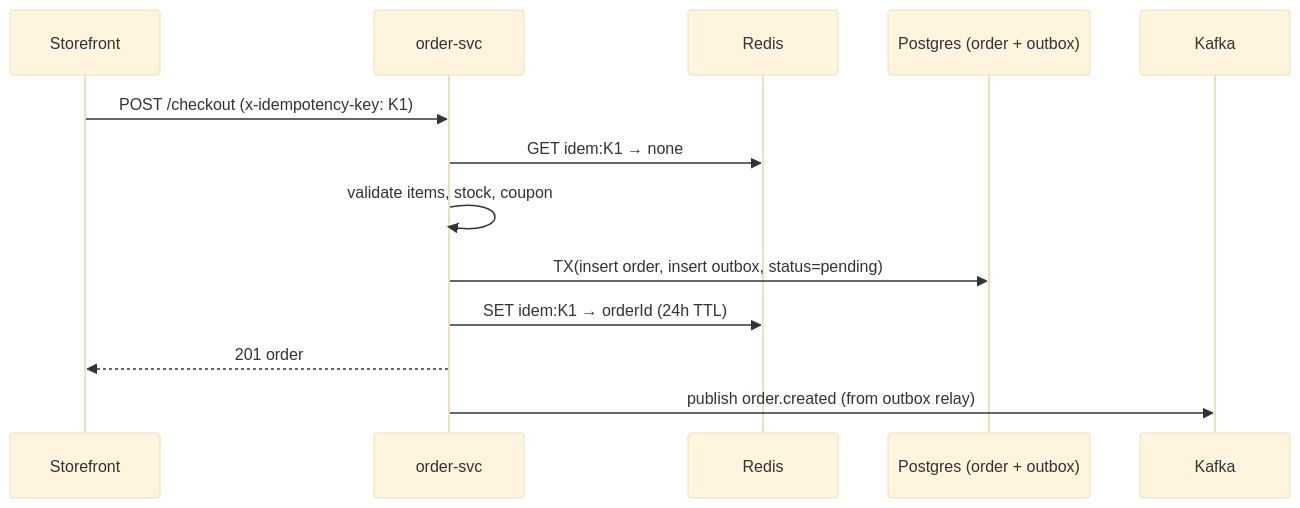
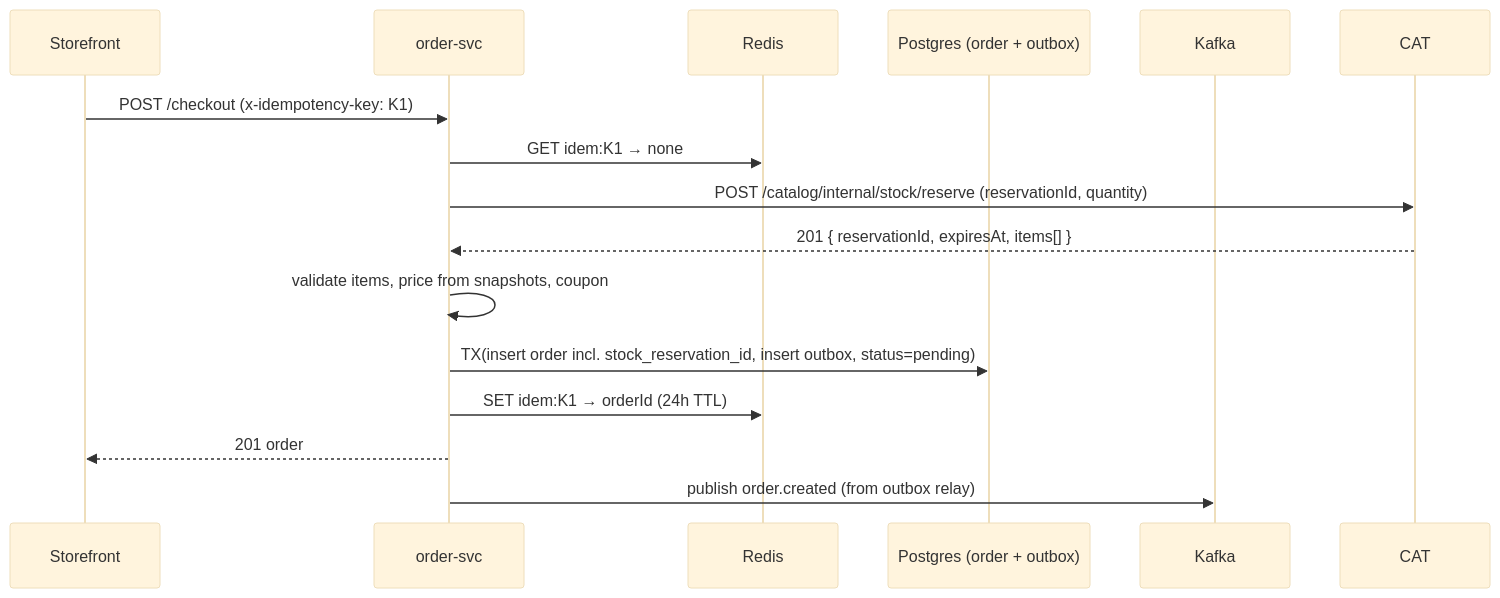
One commit to E-Commerce-BDA/Documentation changed the third of 6 diagrams in 4.API-Design.md. Above: the diagram before and after it, drawn with Mermaid (base theme). The commit also changed other lines of this file, not shown here.

First line of the commit message:
docs(api): document the internal reservation contract and checkout failure codes

````diff
--- a/4.API-Design.md
+++ b/4.API-Design.md
@@ -626,16 +626,18 @@
 ```mermaid
 sequenceDiagram
     participant SF as Storefront
     participant OR as order-svc
     participant RD as Redis
     participant DB as Postgres (order + outbox)
     participant K as Kafka
 
     SF->>OR: POST /checkout (x-idempotency-key: K1)
     OR->>RD: GET idem:K1 → none
-    OR->>OR: validate items, stock, coupon
-    OR->>DB: TX(insert order, insert outbox, status=pending)
+    OR->>CAT: POST /catalog/internal/stock/reserve (reservationId, quantity)
+    CAT-->>OR: 201 { reservationId, expiresAt, items[] }
+    OR->>OR: validate items, price from snapshots, coupon
+    OR->>DB: TX(insert order incl. stock_reservation_id, insert outbox, status=pending)
     OR->>RD: SET idem:K1 → orderId (24h TTL)
     OR-->>SF: 201 order
     OR->>K: publish order.created (from outbox relay)
 ```
````
